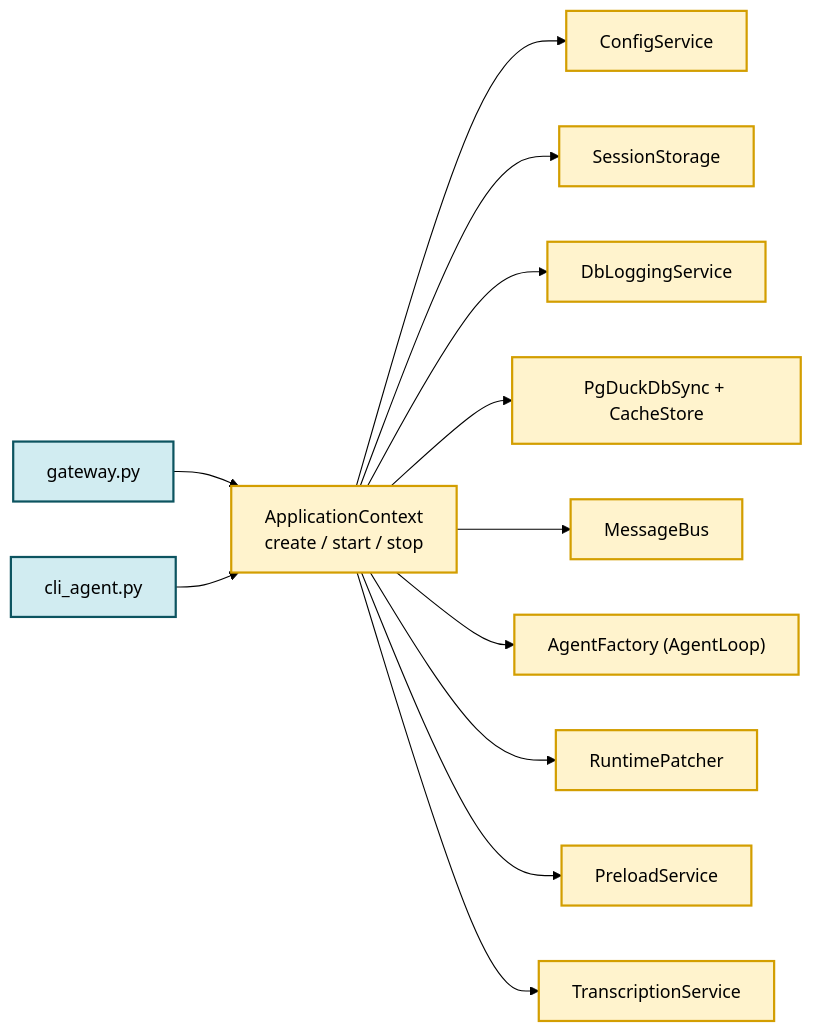
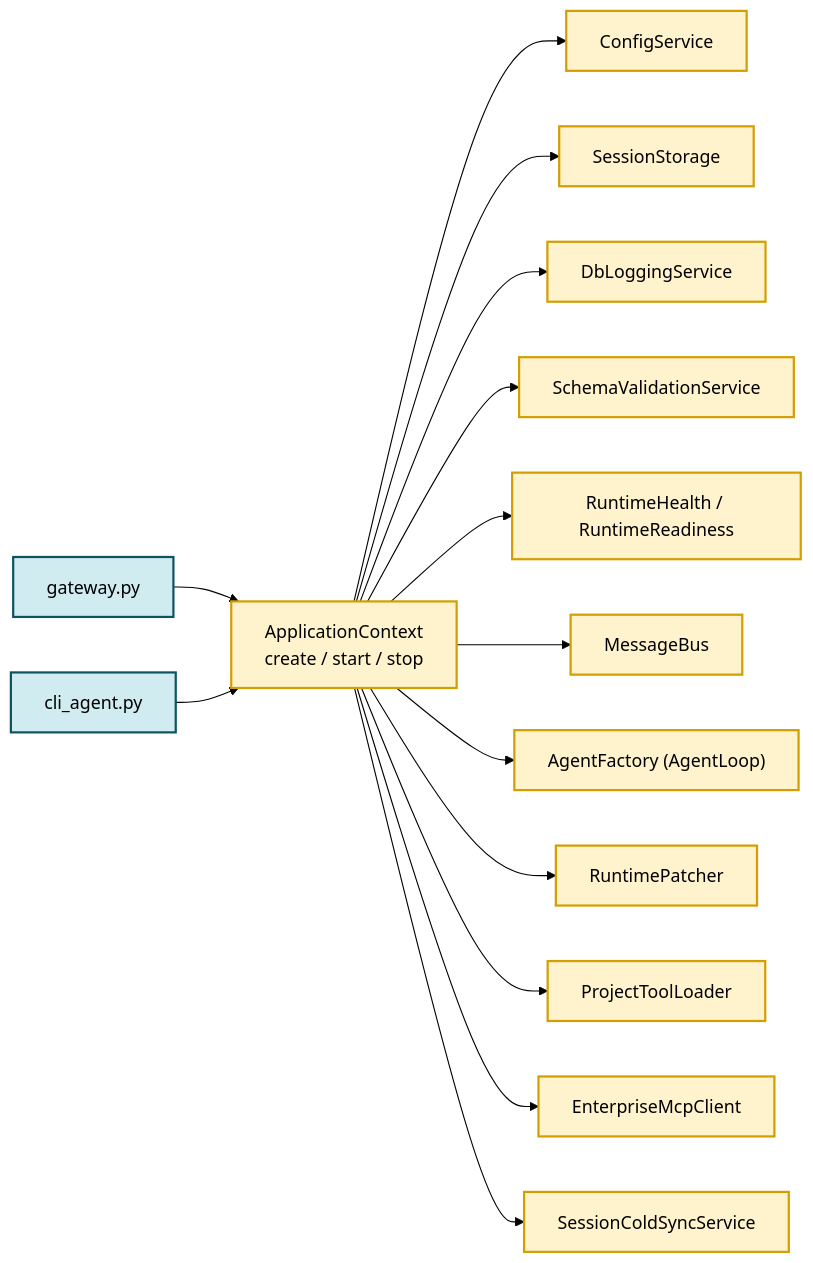
The second of 4 diagrams in docs/ARCHITECTURE.md (AlexEgorov85/workspaces_nanobot), drawn with Mermaid (forest theme) before and after one commit. The commit also changed other lines of this file, not shown here.

````diff
--- a/docs/ARCHITECTURE.md
+++ b/docs/ARCHITECTURE.md
@@ -71,18 +90,20 @@
 ```mermaid
 flowchart LR
     GW["gateway.py"] --> CTX["ApplicationContext<br/>create / start / stop"]
     CLI["cli_agent.py"] --> CTX
     CTX --> CFG["ConfigService"]
     CTX --> SESS["SessionStorage"]
     CTX --> DBL["DbLoggingService"]
-    CTX --> SYNC["PgDuckDbSync + CacheStore"]
+    CTX --> SCHEMA["SchemaValidationService"]
+    CTX --> HEALTH["RuntimeHealth / RuntimeReadiness"]
     CTX --> BUS["MessageBus"]
     CTX --> AGENT["AgentFactory (AgentLoop)"]
     CTX --> PATCH["RuntimePatcher"]
-    CTX --> PRE["PreloadService"]
-    CTX --> TRANS["TranscriptionService"]
+    CTX --> TOOLS["ProjectToolLoader"]
+    CTX --> EMCP["EnterpriseMcpClient"]
+    CTX --> COLD["SessionColdSyncService"]
     classDef entry fill:#d1ecf1,stroke:#0c5460,stroke-width:2px
     classDef core fill:#fff3cd,stroke:#d39e00,stroke-width:2px
     class GW,CLI entry
-    class CTX,CFG,SESS,DBL,SYNC,BUS,AGENT,PATCH,PRE,TRANS core
+    class CTX,CFG,SESS,DBL,SCHEMA,HEALTH,BUS,AGENT,PATCH,TOOLS,EMCP,COLD core
 ```
````
